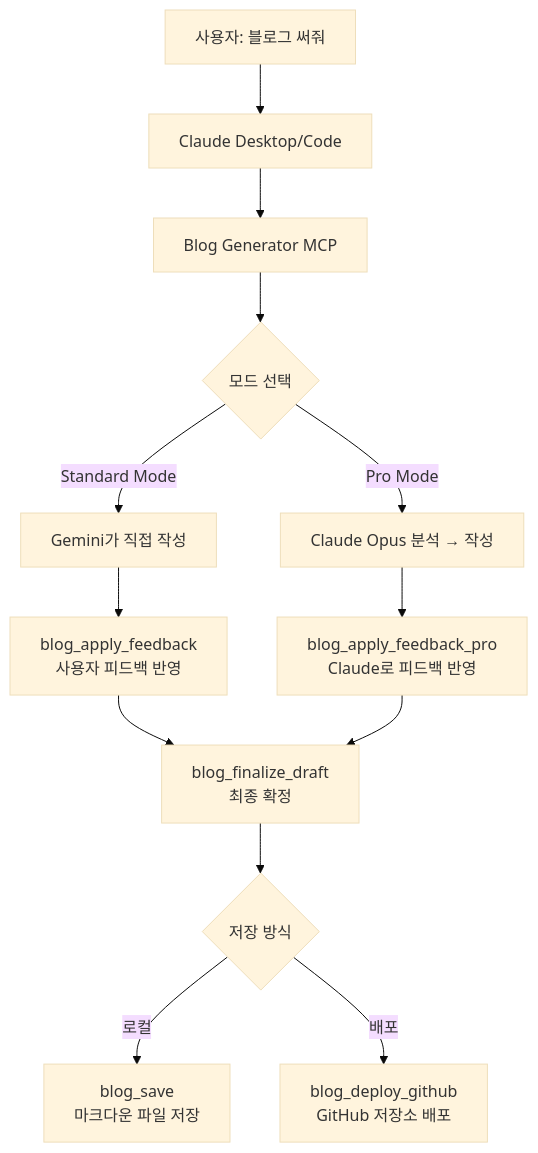
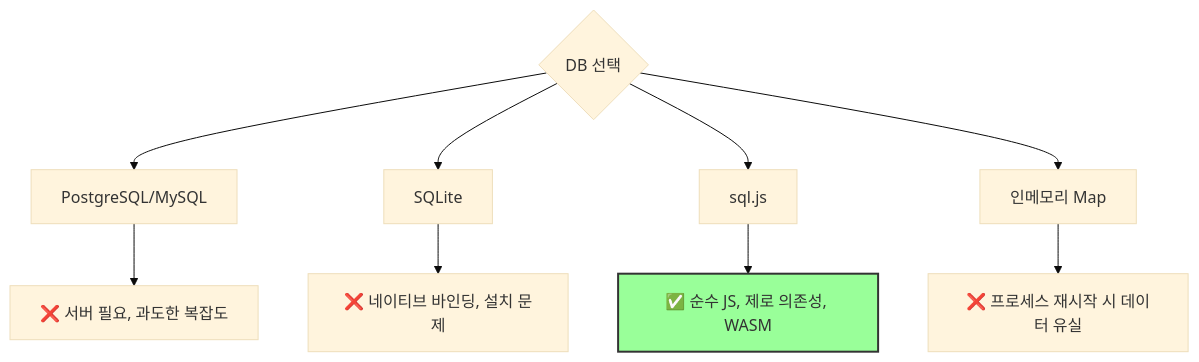
Before and after one commit to jiwon11/jiwon11.github.io: the sixth of 9 diagrams in _posts/2026-02-06-blog-generator-mcp-개발기.md, drawn with Mermaid (base theme). The commit also changed other lines of this file and 4 other files, not shown here.

````diff
--- a/_posts/2026-02-06-blog-generator-mcp-개발기.md
+++ b/_posts/2026-02-06-blog-generator-mcp-개발기.md
@@ -58,15 +237,14 @@
 ```mermaid
 flowchart TD
-    A["사용자: 블로그 써줘"] --> B[Claude Desktop/Code]
-    B --> C[Blog Generator MCP]
-    C --> D{모드 선택}
-    D -->|Standard Mode| E[Gemini가 직접 작성]
-    D -->|Pro Mode| F["Claude Opus 분석 → 작성"]
-    E --> G[blog_apply_feedback<br/>사용자 피드백 반영]
-    F --> H[blog_apply_feedback_pro<br/>Claude로 피드백 반영]
-    G --> I[blog_finalize_draft<br/>최종 확정]
-    H --> I
-    I --> J{저장 방식}
-    J -->|로컬| K[blog_save<br/>마크다운 파일 저장]
-    J -->|배포| L[blog_deploy_github<br/>GitHub 저장소 배포]
+    A{DB 선택} --> B[PostgreSQL/MySQL]
+    A --> C[SQLite]
+    A --> D[sql.js]
+    A --> E[인메모리 Map]
+
+    B --> B1[❌ 서버 필요, 과도한 복잡도]
+    C --> C1[❌ 네이티브 바인딩, 설치 문제]
+    D --> D1[✅ 순수 JS, 제로 의존성, WASM]
+    E --> E1[❌ 프로세스 재시작 시 데이터 유실]
+
+    style D1 fill:#9f9,stroke:#333,stroke-width:2px
 ```
````
